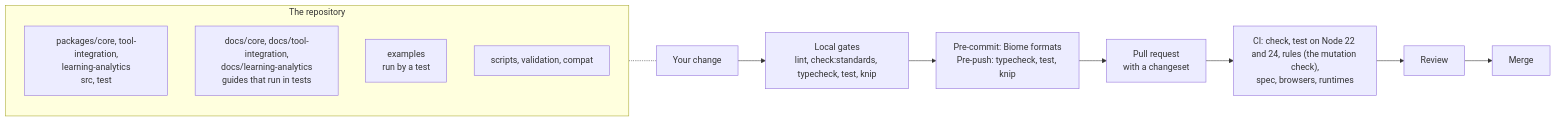
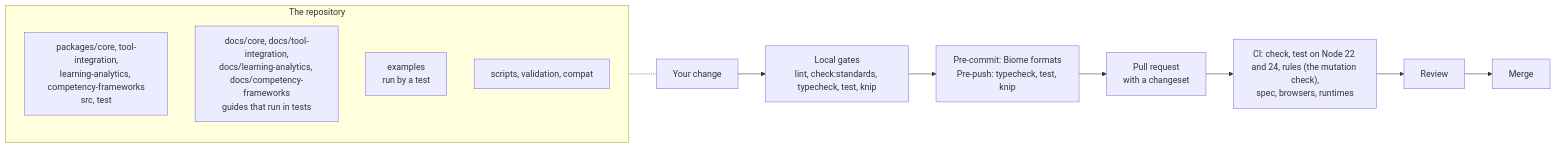
One commit to interopkit/interopkit changed the diagram in CONTRIBUTING.md. Above: the diagram before and after it, drawn with Mermaid. The commit also changed 80 other files, not shown here.

First line of the commit message:
Add competency-frameworks: the CASE model, readers, validators and the conversion to 1.0

````diff
--- a/CONTRIBUTING.md
+++ b/CONTRIBUTING.md
@@ -6,16 +6,16 @@
 ```mermaid
 flowchart LR
   subgraph repo["The repository"]
-    packages["packages/core, tool-integration,<br/>learning-analytics<br/>src, test"]
-    docs["docs/core, docs/tool-integration,<br/>docs/learning-analytics<br/>guides that run in tests"]
+    packages["packages/core, tool-integration,<br/>learning-analytics, competency-frameworks<br/>src, test"]
+    docs["docs/core, docs/tool-integration,<br/>docs/learning-analytics, docs/competency-frameworks<br/>guides that run in tests"]
     examples["examples<br/>run by a test"]
     tooling["scripts, validation, compat"]
   end
   change["Your change"] --> local["Local gates<br/>lint, check:standards, typecheck, test, knip"]
   local --> hooks["Pre-commit: Biome formats<br/>Pre-push: typecheck, test, knip"]
   hooks --> pr["Pull request<br/>with a changeset"]
   pr --> ci["CI: check, test on Node 22 and 24, rules (the mutation check),<br/>spec, browsers, runtimes"]
   ci --> review["Review"]
   review --> merge["Merge"]
   repo -.- change
 ```
````
